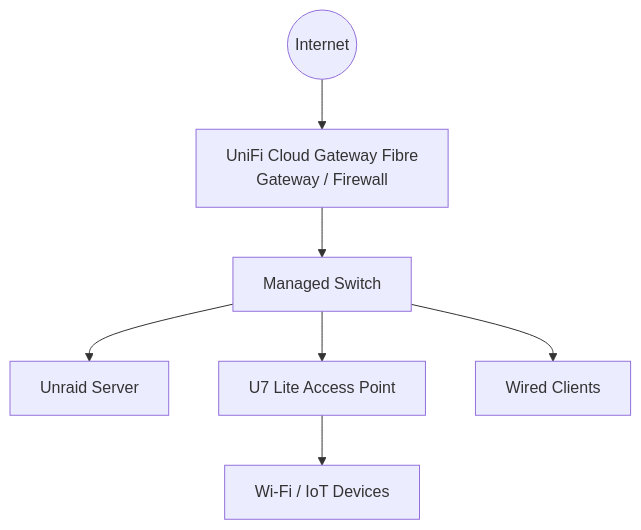
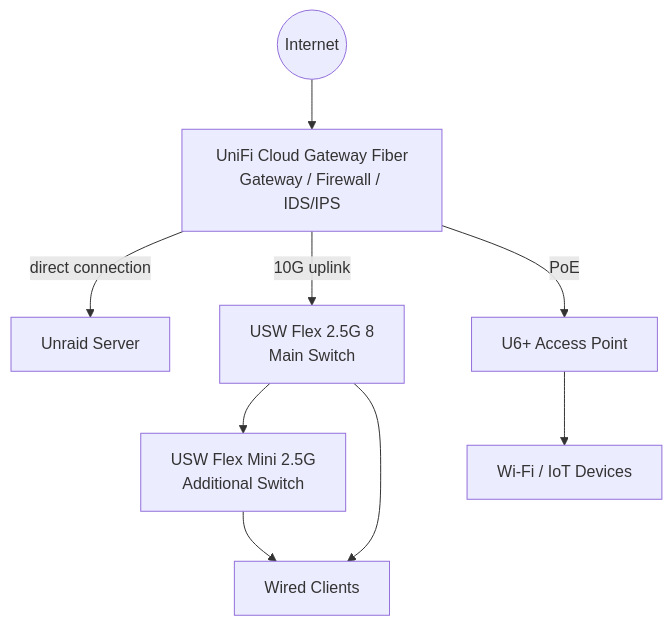
One commit to ThomasMann2001/HeimServer-Projekt changed the first of 2 diagrams in docs/network-roadmap.md. Above: the diagram before and after it, drawn with Mermaid. The commit also changed other lines of this file, not shown here.

First line of the commit message:
Revise network roadmap for segmentation and upgrades

````diff
--- a/docs/network-roadmap.md
+++ b/docs/network-roadmap.md
@@ -37,17 +48,20 @@
 ```mermaid
 flowchart TD
     Internet((Internet))
-    UCG["UniFi Cloud Gateway Fibre<br>Gateway / Firewall"]
-    Switch["Managed Switch"]
+    UCG["UniFi Cloud Gateway Fiber<br/>Gateway / Firewall / IDS/IPS"]
+    Flex8["USW Flex 2.5G 8<br/>Main Switch"]
+    FlexMini["USW Flex Mini 2.5G<br/>Additional Switch"]
+    AP["U6+ Access Point"]
     Unraid["Unraid Server"]
-    AP["U7 Lite Access Point"]
     WiredClients["Wired Clients"]
     WiFiClients["Wi-Fi / IoT Devices"]
 
     Internet --> UCG
-    UCG --> Switch
-    Switch --> Unraid
-    Switch --> AP
-    Switch --> WiredClients
+    UCG -->|"direct connection"| Unraid
+    UCG -->|"10G uplink"| Flex8
+    UCG -->|"PoE"| AP
+    Flex8 --> FlexMini
+    Flex8 --> WiredClients
+    FlexMini --> WiredClients
     AP --> WiFiClients
 ```
````
